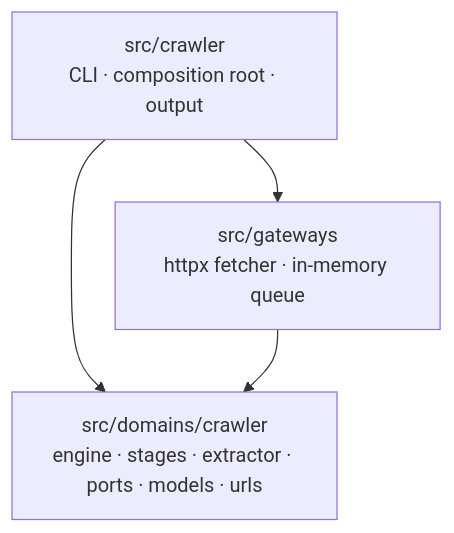
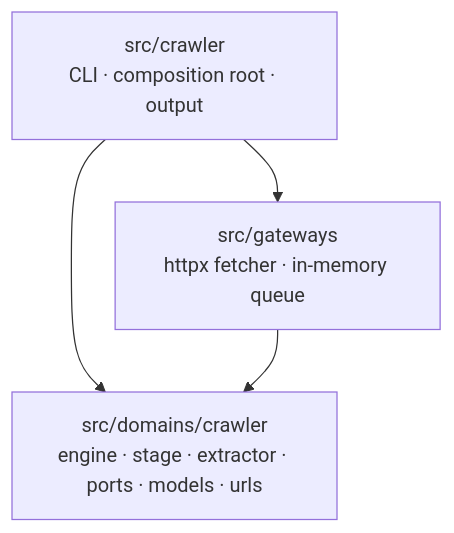
One commit to Zegocover/engineer-hiring-tech-exercise changed the first of 2 diagrams in python/README.md. Above: the diagram before and after it, drawn with Mermaid. The commit also changed 3 other files, not shown here.

````diff
--- a/python/README.md
+++ b/python/README.md
@@ -68,9 +68,9 @@
 ```mermaid
 flowchart TD
     CLI["src/crawler<br/>CLI · composition root · output"]
-    DOM["src/domains/crawler<br/>engine · stages · extractor · ports · models · urls"]
+    DOM["src/domains/crawler<br/>engine · stage · extractor · ports · models · urls"]
     GW["src/gateways<br/>httpx fetcher · in-memory queue"]
     CLI --> DOM
     GW --> DOM
     CLI --> GW
 ```
````
